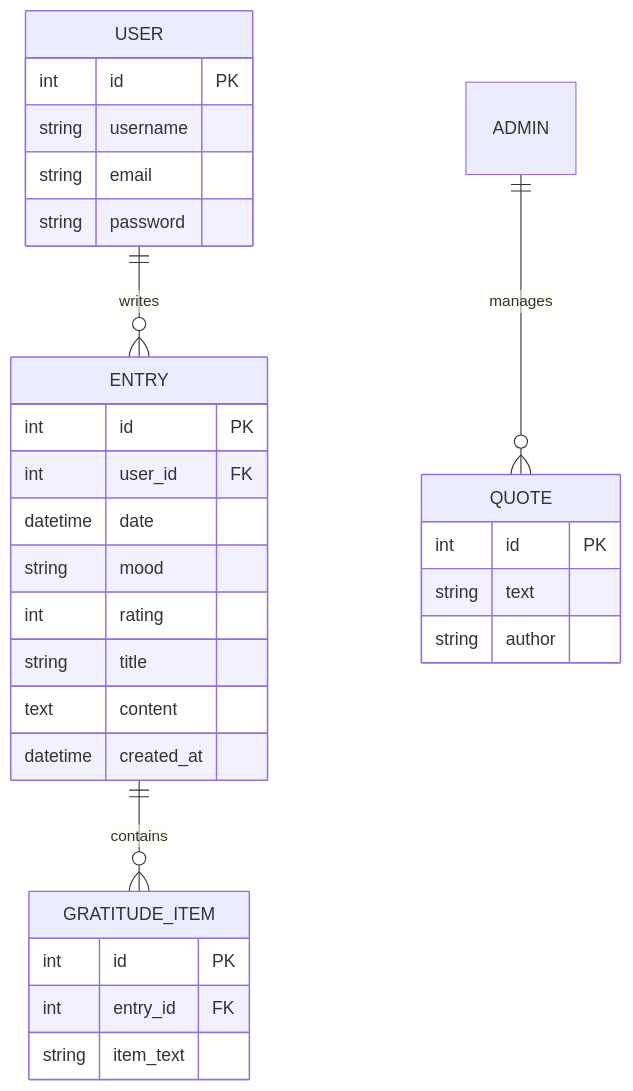
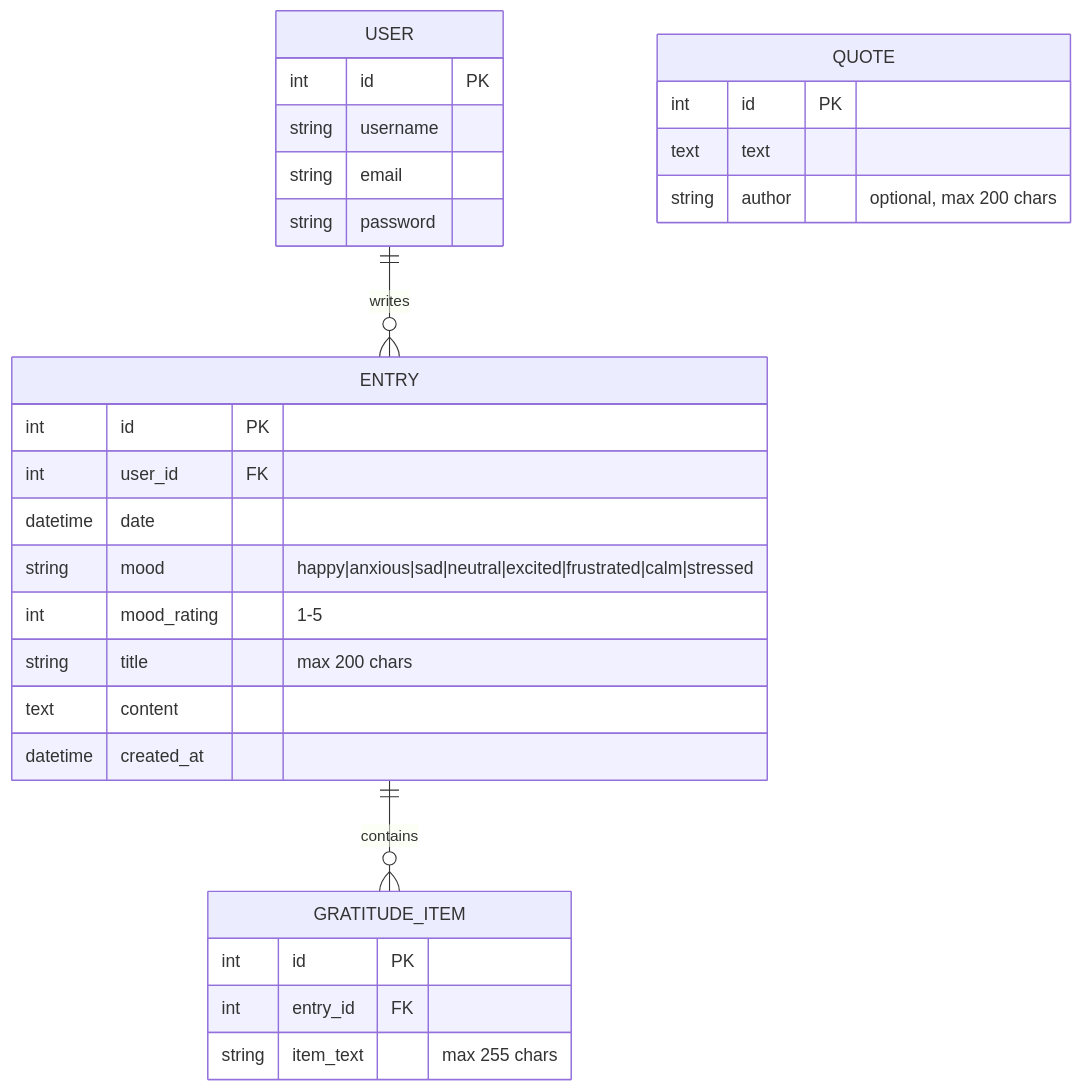
Before and after one commit to iain-kirkham/mindful-mood-journal: the diagram in README.md, drawn with Mermaid. The commit also changed other lines of this file, not shown here.

Commit message:
feat: update README with project description, user experience design, and detailed features

````diff
--- a/README.md
+++ b/README.md
@@ -34,36 +112,35 @@
 ```mermaid
 erDiagram
-USER ||--o{ ENTRY : "writes"
+    USER ||--o{ ENTRY : "writes"
     ENTRY ||--o{ GRATITUDE_ITEM : "contains"
-    ADMIN ||--o{ QUOTE : "manages"
 
     USER {
         int id PK
         string username
         string email
         string password
     }
 
     ENTRY {
         int id PK
         int user_id FK
         datetime date
-        string mood
-        int rating
-        string title
+        string mood "happy|anxious|sad|neutral|excited|frustrated|calm|stressed"
+        int mood_rating "1-5"
+        string title "max 200 chars"
         text content
         datetime created_at
     }
 
     GRATITUDE_ITEM {
         int id PK
         int entry_id FK
-        string item_text
+        string item_text "max 255 chars"
     }
 
     QUOTE {
         int id PK
-        string text
-        string author
+        text text
+        string author "optional, max 200 chars"
     }
 ```
````
